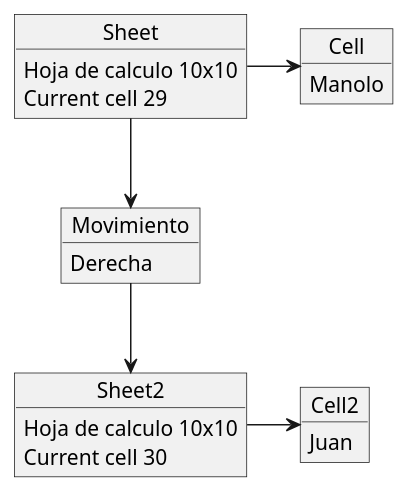
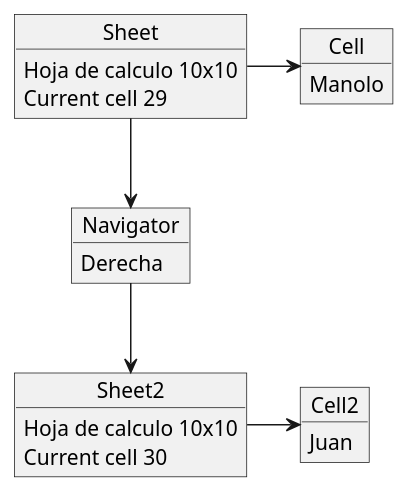
Before and after one commit to pablarce/23-24-IdSw2-SDD: the diagram in casosDeUso/cduMovement/dObjetos.puml, drawn with PlantUML. The commit also changed 13 other files, not shown here.

```diff
--- a/casosDeUso/cduMovement/dObjetos.puml
+++ b/casosDeUso/cduMovement/dObjetos.puml
@@ -1,31 +1,31 @@
 @startuml Movement
 
 object Sheet {
     Hoja de calculo 10x10
     Current cell 29
 }
 
 object Cell {
     Manolo
 }
 
-object Movimiento {
+object Navigator {
     Derecha
 }
 
 object Sheet2{
     Hoja de calculo 10x10
     Current cell 30
 }
 
 object Cell2{
     Juan
 }
 
 Sheet -right-> Cell
-Sheet --> Movimiento
-Movimiento --> Sheet2
+Sheet --> Navigator
+Navigator --> Sheet2
 Sheet2 -right-> Cell2
 
 
 @enduml
```
